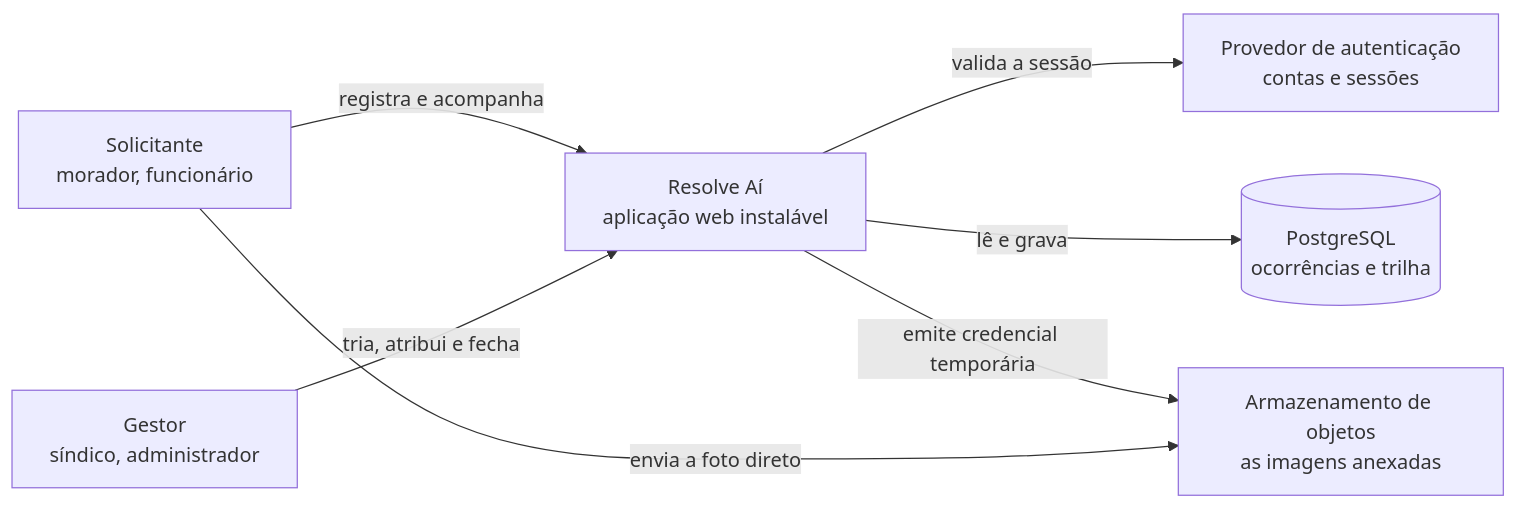
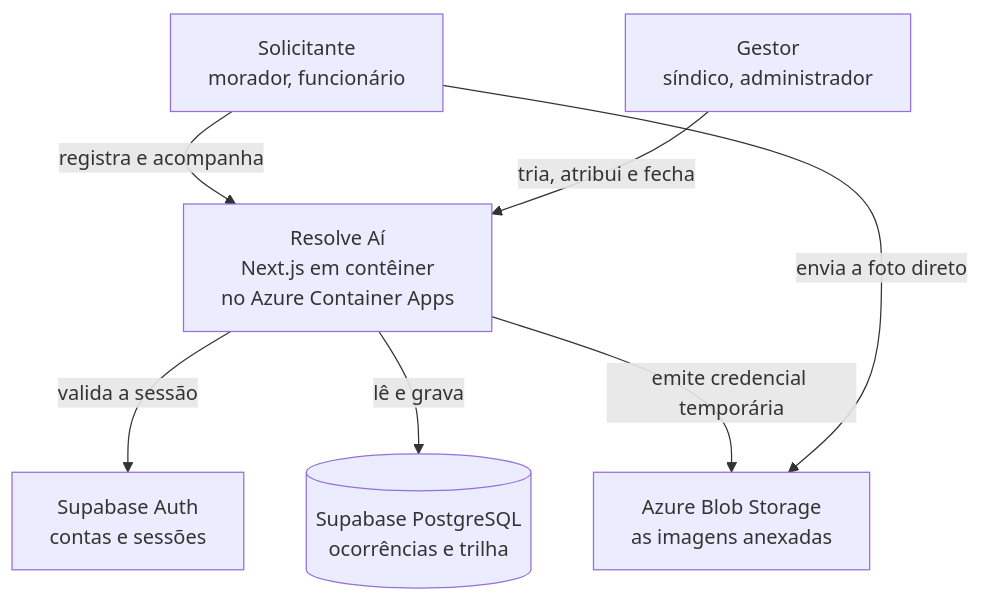
One commit to natanjunior/8FSDT-Hackathon changed the first of 3 diagrams in docs/visao-geral-da-arquitetura.md. Above: the diagram before and after it, drawn with Mermaid. The commit also changed other lines of this file and 8 other files, not shown here.

````diff
--- a/docs/visao-geral-da-arquitetura.md
+++ b/docs/visao-geral-da-arquitetura.md
@@ -14,18 +14,18 @@
 ```mermaid
-flowchart LR
+flowchart TB
     SOL["Solicitante<br/>morador, funcionário"]
     GES["Gestor<br/>síndico, administrador"]
 
-    APP["Resolve Aí<br/>aplicação web instalável"]
+    APP["Resolve Aí<br/>Next.js em contêiner<br/>no Azure Container Apps"]
 
-    AUTH["Provedor de autenticação<br/>contas e sessões"]
-    BD[("PostgreSQL<br/>ocorrências e trilha")]
-    BLOB["Armazenamento de objetos<br/>as imagens anexadas"]
+    AUTH["Supabase Auth<br/>contas e sessões"]
+    BD[("Supabase PostgreSQL<br/>ocorrências e trilha")]
+    BLOB["Azure Blob Storage<br/>as imagens anexadas"]
 
     SOL -->|registra e acompanha| APP
     GES -->|tria, atribui e fecha| APP
     APP -->|valida a sessão| AUTH
     APP -->|lê e grava| BD
     APP -->|emite credencial temporária| BLOB
     SOL -->|envia a foto direto| BLOB
 ```
````
